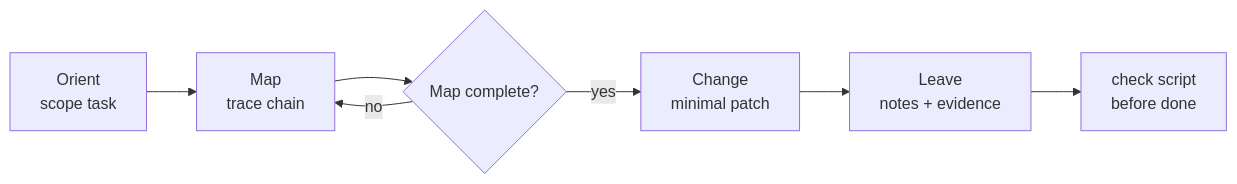
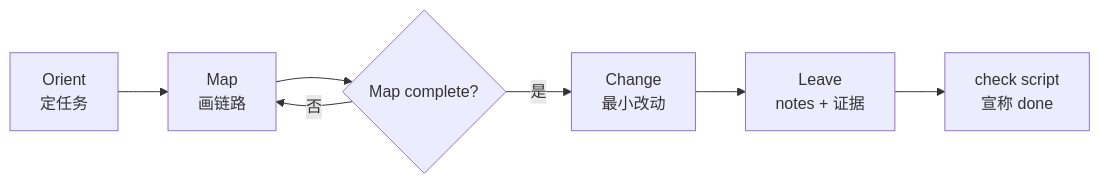
Before and after one commit to Seven-second-fish/legacy-delegate: the diagram in README.md, drawn with Mermaid. The commit also changed other lines of this file and 22 other files, not shown here.

````diff
--- a/README.md
+++ b/README.md
@@ -39,9 +37,9 @@
 ```mermaid
 flowchart LR
-  A[Orient<br/>scope task] --> B[Map<br/>trace chain]
+  A[Orient<br/>定任务] --> B[Map<br/>画链路]
   B --> C{Map complete?}
-  C -->|no| B
-  C -->|yes| D[Change<br/>minimal patch]
-  D --> E[Leave<br/>notes + evidence]
-  E --> F[check script<br/>before done]
+  C -->|否| B
+  C -->|是| D[Change<br/>最小改动]
+  D --> E[Leave<br/>notes + 证据]
+  E --> F[check script<br/>宣称 done]
 ```
````
